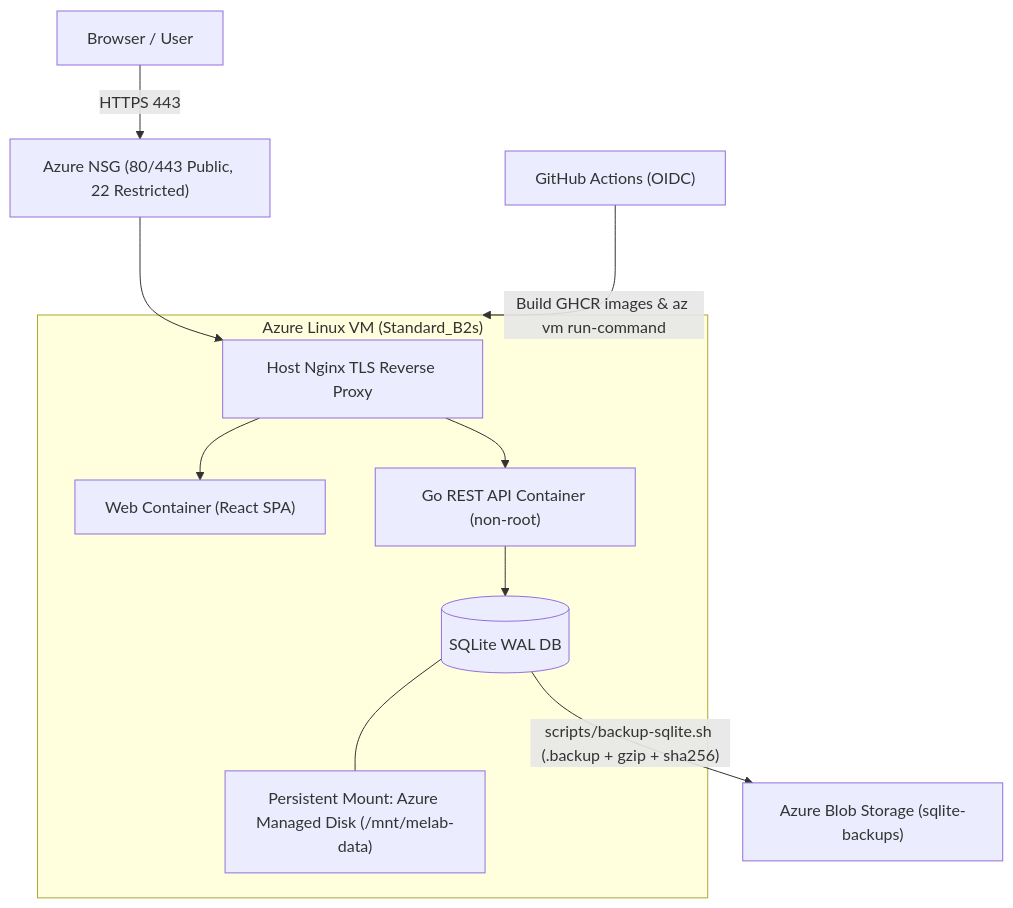
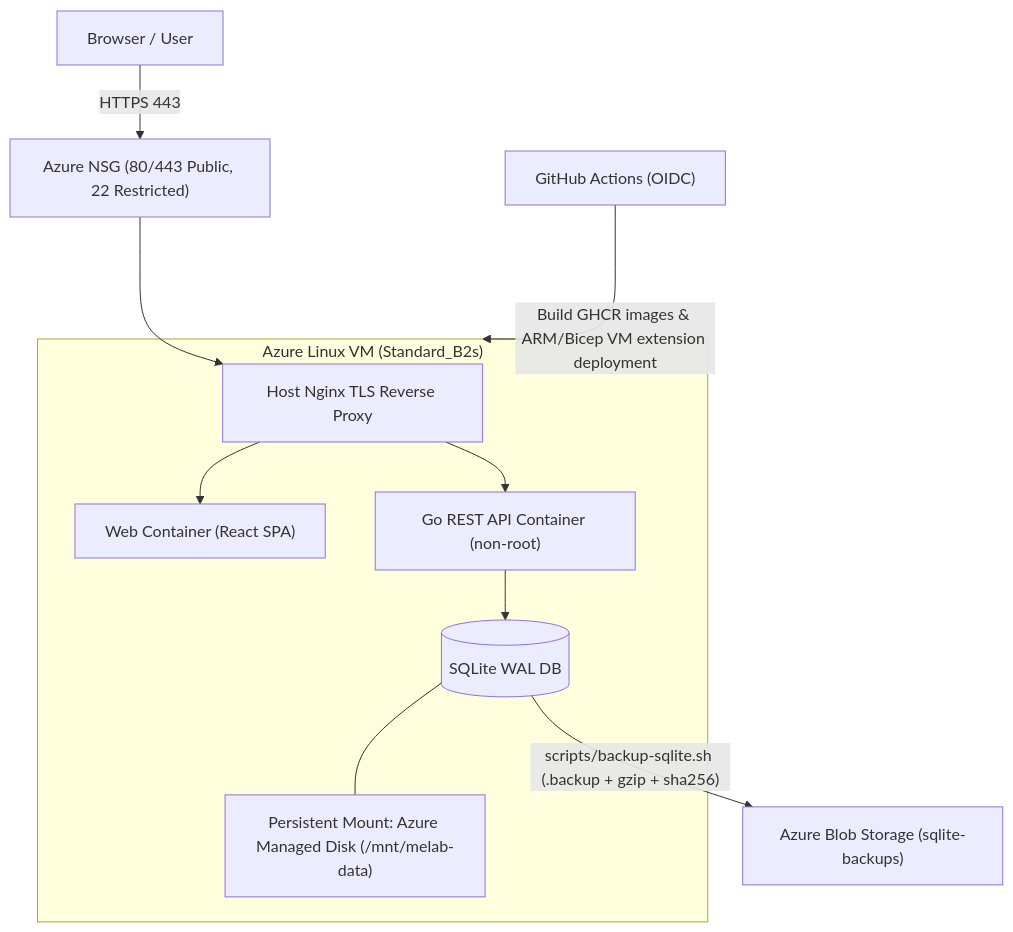
The third of 3 diagrams in README.md (felipinhobgtom/me-lab), drawn with Mermaid before and after one commit. The commit also changed other lines of this file and 6 other files, not shown here.

Commit message:
ci: deploy Azure releases through ARM Bicep

````diff
--- a/README.md
+++ b/README.md
@@ -112,13 +112,13 @@
 ```mermaid
 flowchart TB
     Browser["Browser / User"] -->|"HTTPS 443"| NSG["Azure NSG (80/443 Public, 22 Restricted)"]
     NSG --> Nginx["Host Nginx TLS Reverse Proxy"]
     subgraph VM["Azure Linux VM (Standard_B2s)"]
         Nginx --> Web["Web Container (React SPA)"]
         Nginx --> API["Go REST API Container (non-root)"]
         API --> SQLite[("SQLite WAL DB")]
         SQLite --- Disk["Persistent Mount: Azure Managed Disk (/mnt/melab-data)"]
     end
     SQLite -->|"scripts/backup-sqlite.sh (.backup + gzip + sha256)"| Blob["Azure Blob Storage (sqlite-backups)"]
-    GHA["GitHub Actions (OIDC)"] -->|"Build GHCR images & az vm run-command"| VM
+    GHA["GitHub Actions (OIDC)"] -->|"Build GHCR images & ARM/Bicep VM extension deployment"| VM
 ```
````
